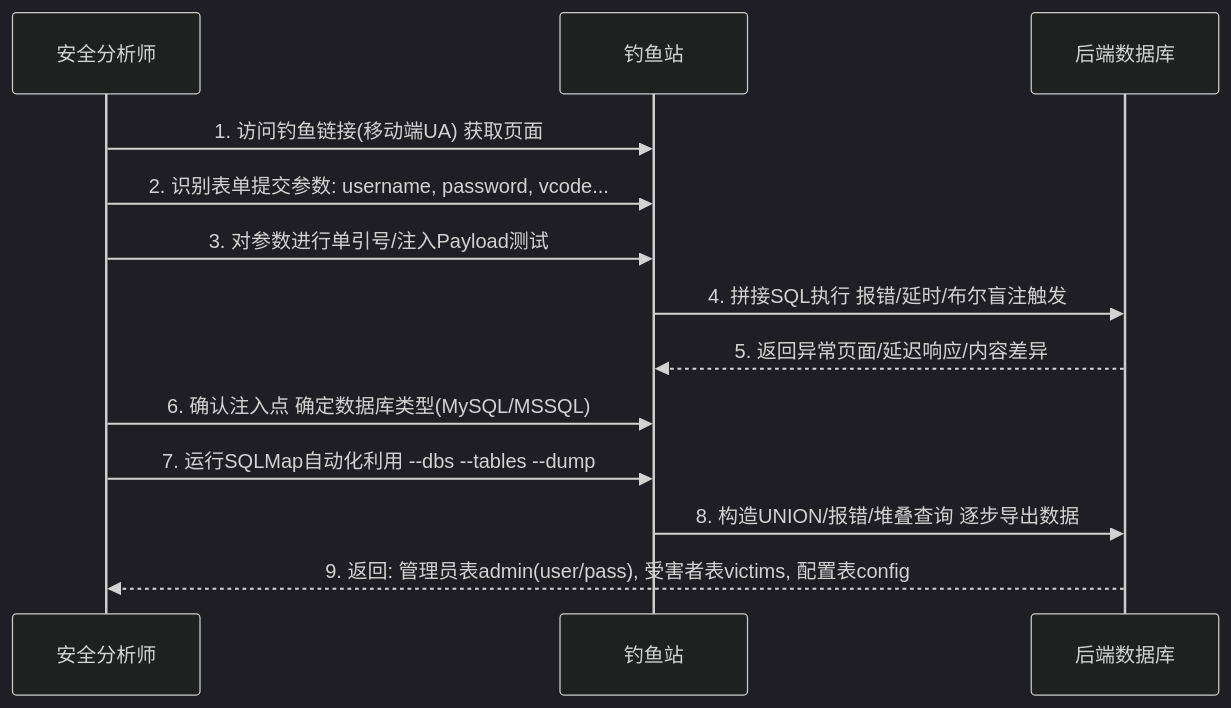
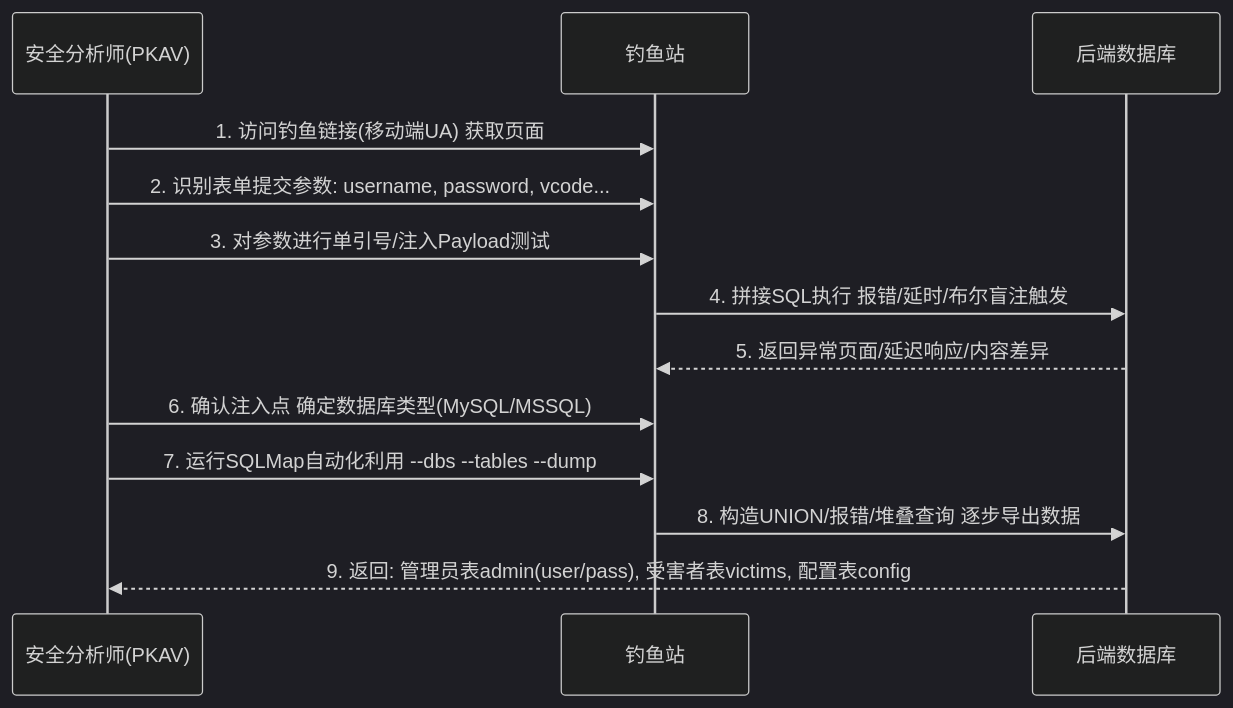
Before and after one commit to OpenDocCN1/sec-llm-wiki: the third of 4 diagrams in pages/social-engineering-attack-techniques.md, drawn with Mermaid (dark theme). The commit also changed other lines of this file and 4 other files, not shown here.

````diff
--- a/pages/social-engineering-attack-techniques.md
+++ b/pages/social-engineering-attack-techniques.md
@@ -110,15 +126,15 @@
 ```mermaid
 sequenceDiagram
-    participant Analyst as 安全分析师
+    participant Analyst as 安全分析师(PKAV)
     participant Phishing as 钓鱼站
     participant DB as 后端数据库
     Analyst->>Phishing: 1. 访问钓鱼链接(移动端UA) 获取页面
     Analyst->>Phishing: 2. 识别表单提交参数: username, password, vcode...
     Analyst->>Phishing: 3. 对参数进行单引号/注入Payload测试
     Phishing->>DB: 4. 拼接SQL执行 报错/延时/布尔盲注触发
     DB-->>Phishing: 5. 返回异常页面/延迟响应/内容差异
     Analyst->>Phishing: 6. 确认注入点 确定数据库类型(MySQL/MSSQL)
     Analyst->>Phishing: 7. 运行SQLMap自动化利用 --dbs --tables --dump
     Phishing->>DB: 8. 构造UNION/报错/堆叠查询 逐步导出数据
     DB-->>Analyst: 9. 返回: 管理员表admin(user/pass), 受害者表victims, 配置表config
 ```
````
